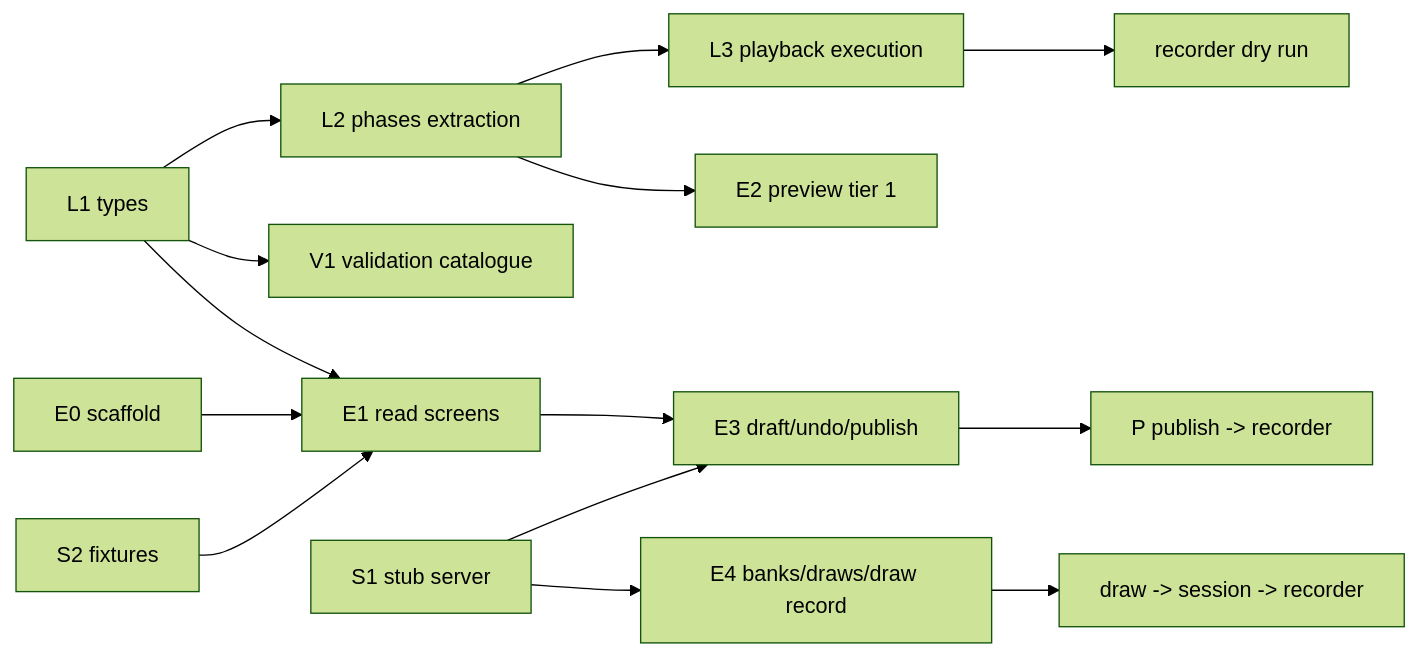
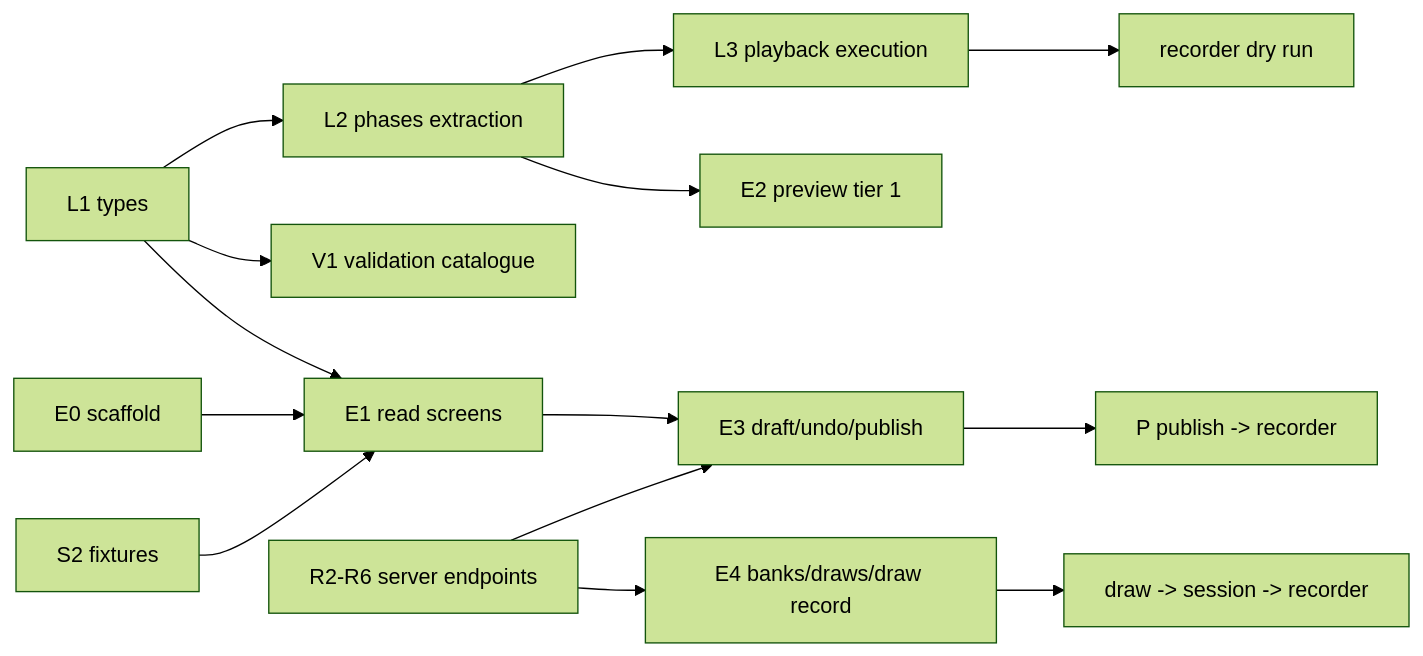
The diagram in doc/script-editor/implementation-plan.md (IPS-LMU/WebSpeechRecorderNg), drawn with Mermaid (forest theme) before and after one commit. The commit also changed other lines of this file and 5 other files, not shown here.

````diff
--- a/doc/script-editor/implementation-plan.md
+++ b/doc/script-editor/implementation-plan.md
@@ -61,16 +70,16 @@
 ```mermaid
 flowchart LR
   L1[L1 types] --> L2[L2 phases extraction]
   L1 --> V1[V1 validation catalogue]
   L1 --> E1[E1 read screens]
   L2 --> L3[L3 playback execution]
   L2 --> E2[E2 preview tier 1]
   E0[E0 scaffold] --> E1
   E1 --> E3[E3 draft/undo/publish]
-  S1[S1 stub server] --> E3
+  R[R2-R6 server endpoints] --> E3
   S2[S2 fixtures] --> E1
-  S1 --> E4[E4 banks/draws/draw record]
+  R --> E4[E4 banks/draws/draw record]
   L3 --> M1[recorder dry run]
   E3 --> P[P publish -> recorder]
   E4 --> D[draw -> session -> recorder]
 ```
````
